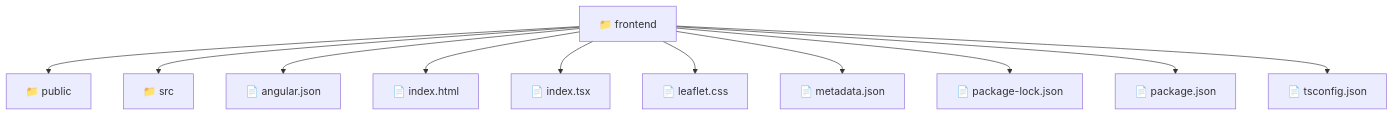
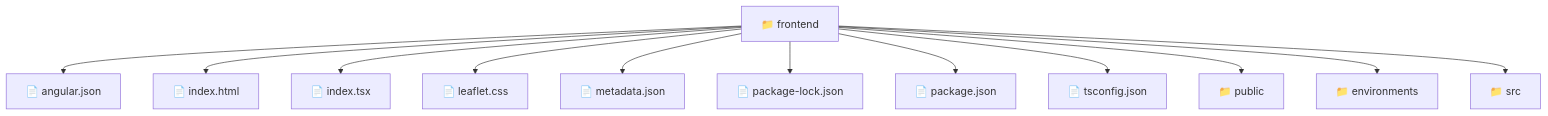
The diagram in frontend/README.md (beginwebdev2002/fullstack-mavluda), drawn with Mermaid before and after one commit. The commit also changed other lines of this file and 166 other files, not shown here.

First line of the commit message:
docs: generate repository-wide architectural README files

````diff
--- a/frontend/README.md
+++ b/frontend/README.md
@@ -9,14 +11,26 @@
 ```mermaid
 graph TD
-  Root["📁 frontend"]
-  Root --> public["📁 public"]
-  Root --> src["📁 src"]
-  Root --> angular_json["📄 angular.json"]
-  Root --> index_html["📄 index.html"]
-  Root --> index_tsx["📄 index.tsx"]
-  Root --> leaflet_css["📄 leaflet.css"]
-  Root --> metadata_json["📄 metadata.json"]
-  Root --> package_lock_json["📄 package-lock.json"]
-  Root --> package_json["📄 package.json"]
-  Root --> tsconfig_json["📄 tsconfig.json"]
+  f_Root_frontend["📁 frontend"]
+  f_angular_json["📄 angular.json"]
+  f_Root_frontend --> f_angular_json
+  f_index_html["📄 index.html"]
+  f_Root_frontend --> f_index_html
+  f_index_tsx["📄 index.tsx"]
+  f_Root_frontend --> f_index_tsx
+  f_leaflet_css["📄 leaflet.css"]
+  f_Root_frontend --> f_leaflet_css
+  f_metadata_json["📄 metadata.json"]
+  f_Root_frontend --> f_metadata_json
+  f_package_lock_json["📄 package-lock.json"]
+  f_Root_frontend --> f_package_lock_json
+  f_package_json["📄 package.json"]
+  f_Root_frontend --> f_package_json
+  f_tsconfig_json["📄 tsconfig.json"]
+  f_Root_frontend --> f_tsconfig_json
+  f_Dir_public["📁 public"]
+  f_Root_frontend --> f_Dir_public
+  f_Dir_environments["📁 environments"]
+  f_Root_frontend --> f_Dir_environments
+  f_Dir_src["📁 src"]
+  f_Root_frontend --> f_Dir_src
 ```
````
